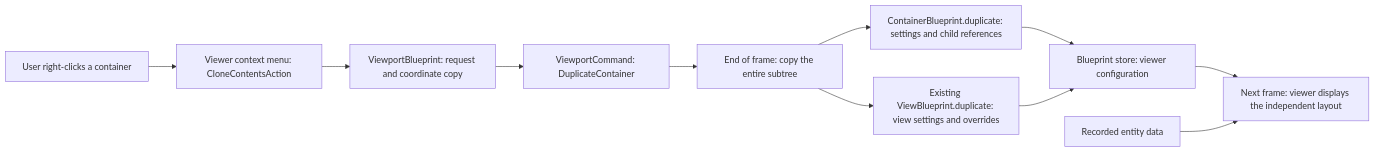
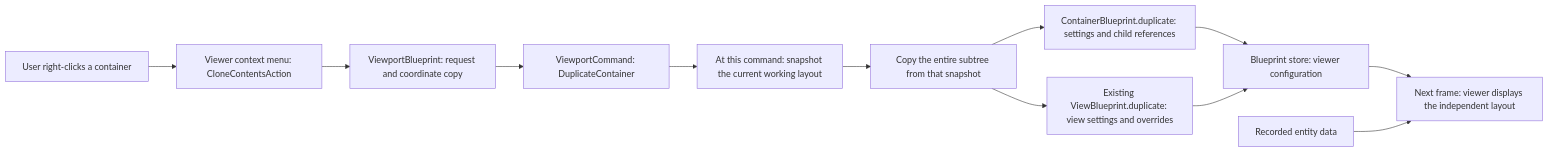
The second of 2 diagrams in docs/container-cloning.md (rerun-io/rerun), drawn with Mermaid before and after one commit. The commit also changed other lines of this file and 5 other files, not shown here.

Commit message:
fix: clone the current queued viewport layout

````diff
--- a/docs/container-cloning.md
+++ b/docs/container-cloning.md
@@ -163,13 +185,14 @@
 ```mermaid
 flowchart LR
     User[User right-clicks a container] --> Menu[Viewer context menu: CloneContentsAction]
     Menu --> Model[ViewportBlueprint: request and coordinate copy]
     Model --> Queue[ViewportCommand: DuplicateContainer]
-    Queue --> Copy[End of frame: copy the entire subtree]
+    Queue --> Snapshot[At this command: snapshot the current working layout]
+    Snapshot --> Copy[Copy the entire subtree from that snapshot]
     Copy --> Container[ContainerBlueprint.duplicate: settings and child references]
     Copy --> View[Existing ViewBlueprint.duplicate: view settings and overrides]
     Container --> Store[Blueprint store: viewer configuration]
     View --> Store
     Store --> Viewer[Next frame: viewer displays the independent layout]
     Data[Recorded entity data] --> Viewer
 ```
````
